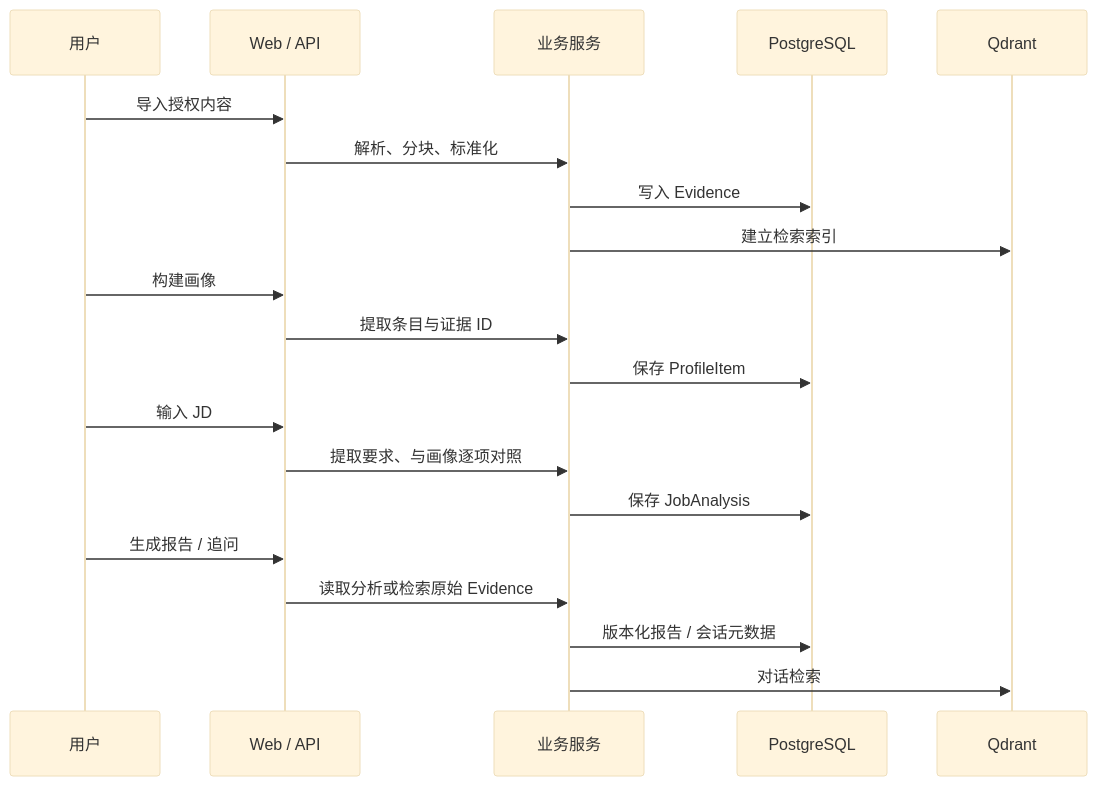
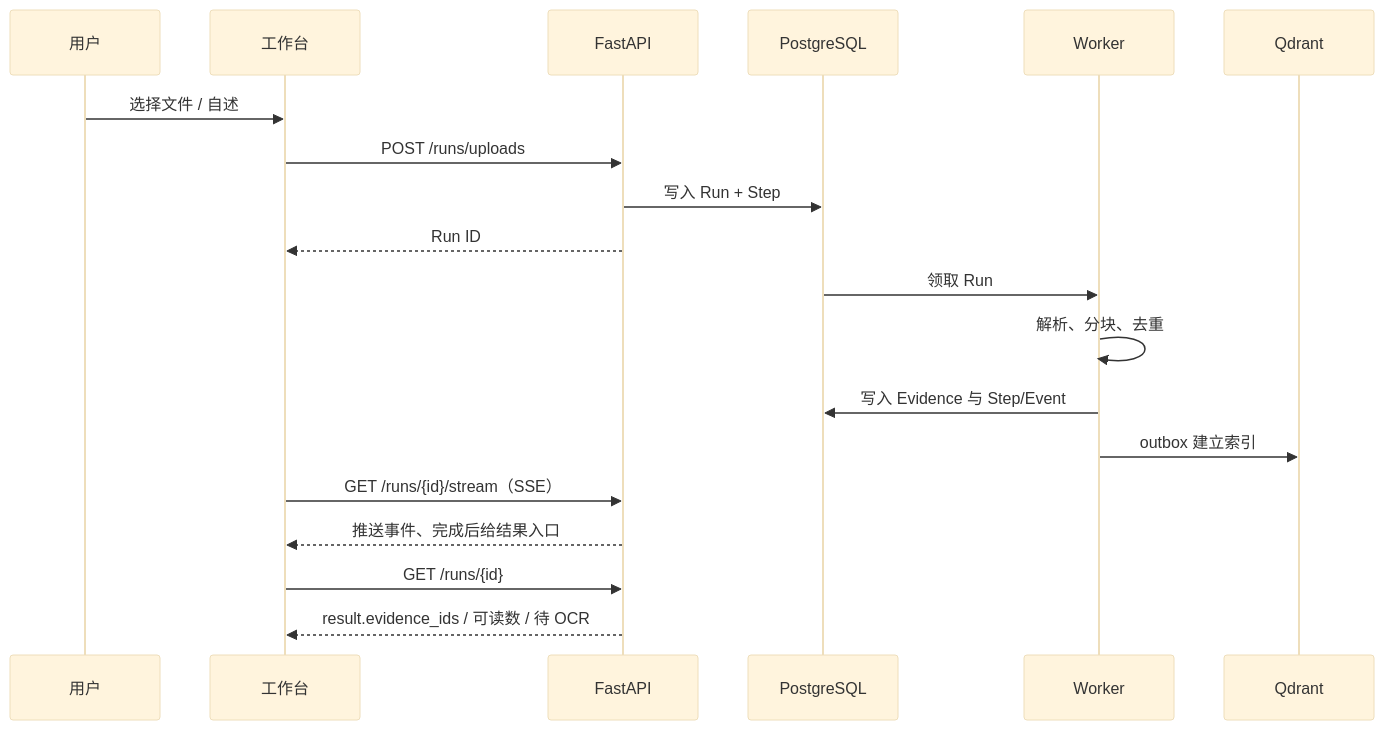
Before and after one commit to wenmo-yu/careerlens: the second of 3 diagrams in docs/architecture.md, drawn with Mermaid (base theme). The commit also changed other lines of this file and 15 other files, not shown here.

````diff
--- a/docs/architecture.md
+++ b/docs/architecture.md
@@ -37,22 +46,21 @@
 ```mermaid
 sequenceDiagram
-    participant U as 用户
-    participant W as Web / API
-    participant S as 业务服务
-    participant P as PostgreSQL
-    participant Q as Qdrant
-    U->>W: 导入授权内容
-    W->>S: 解析、分块、标准化
-    S->>P: 写入 Evidence
-    S->>Q: 建立检索索引
-    U->>W: 构建画像
-    W->>S: 提取条目与证据 ID
-    S->>P: 保存 ProfileItem
-    U->>W: 输入 JD
-    W->>S: 提取要求、与画像逐项对照
-    S->>P: 保存 JobAnalysis
-    U->>W: 生成报告 / 追问
-    W->>S: 读取分析或检索原始 Evidence
-    S->>P: 版本化报告 / 会话元数据
-    S->>Q: 对话检索
+  participant U as 用户
+  participant W as 工作台
+  participant A as FastAPI
+  participant P as PostgreSQL
+  participant K as Worker
+  participant Q as Qdrant
+  U->>W: 选择文件 / 自述
+  W->>A: POST /runs/uploads
+  A->>P: 写入 Run + Step
+  A-->>W: Run ID
+  P->>K: 领取 Run
+  K->>K: 解析、分块、去重
+  K->>P: 写入 Evidence 与 Step/Event
+  K->>Q: outbox 建立索引
+  W->>A: GET /runs/{id}/stream（SSE）
+  A-->>W: 推送事件、完成后给结果入口
+  W->>A: GET /runs/{id}
+  A-->>W: result.evidence_ids / 可读数 / 待 OCR
 ```
````
